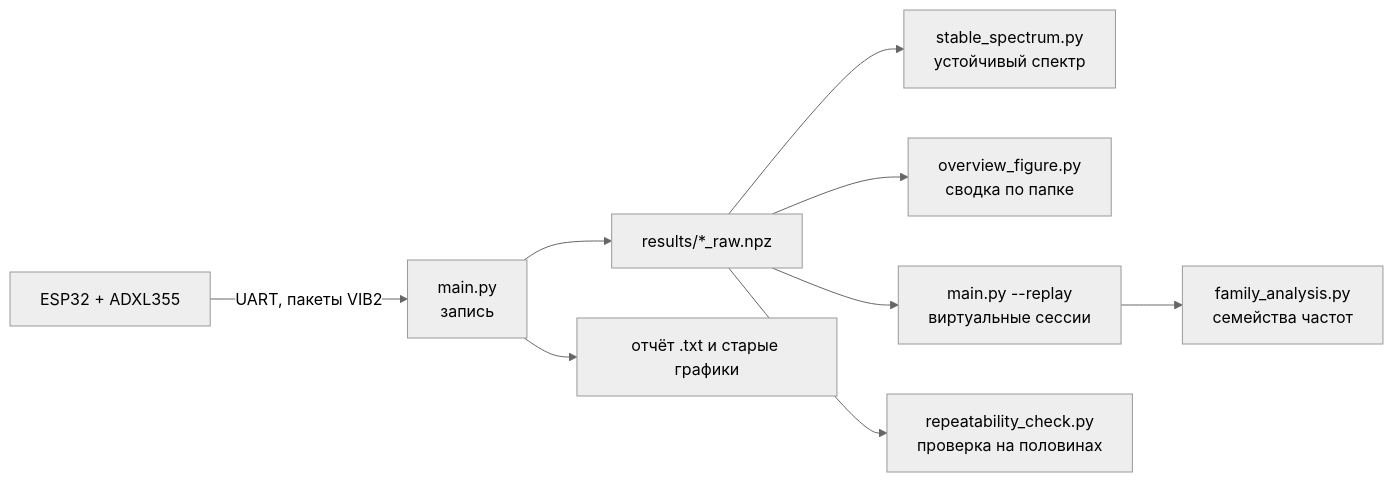
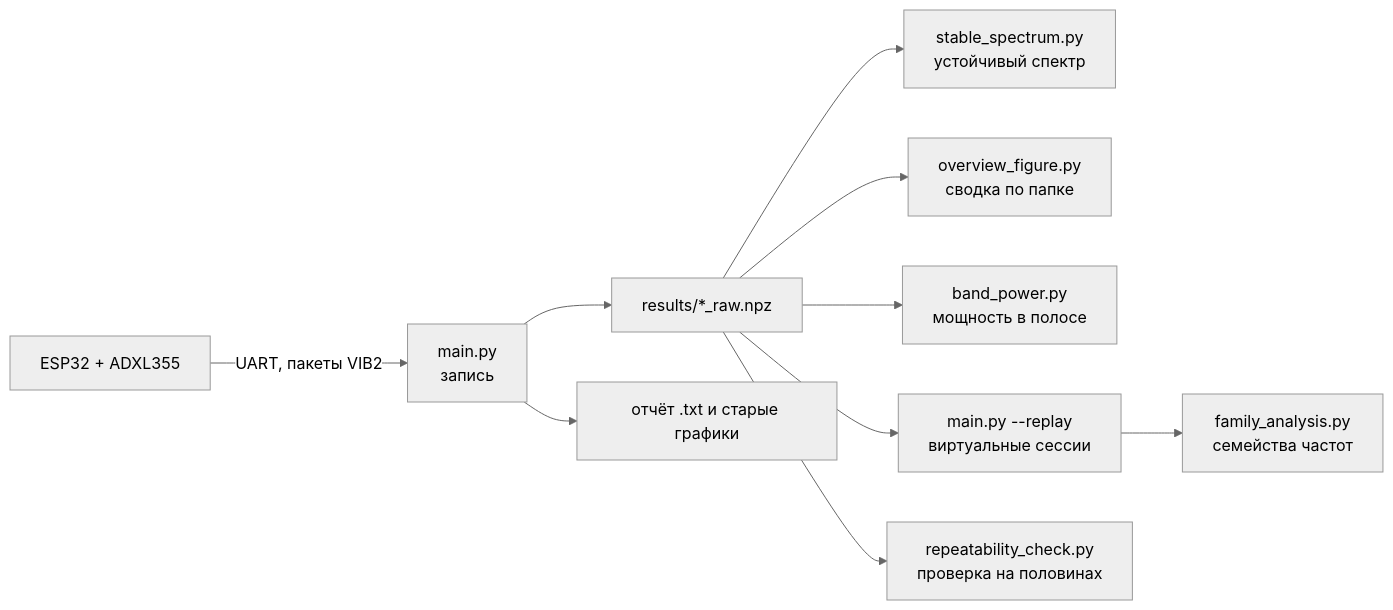
One commit to artallo/vibro changed the diagram in Vibro_vault/Проект/Обзор проекта.md. Above: the diagram before and after it, drawn with Mermaid (neutral theme). The commit also changed other lines of this file and 15 other files, not shown here.

First line of the commit message:
Add band_power.py: band power against the sensor noise floor

````diff
--- a/Vibro_vault/Проект/Обзор проекта.md
+++ b/Vibro_vault/Проект/Обзор проекта.md
@@ -29,11 +29,12 @@
 ```mermaid
 flowchart LR
     A[ESP32 + ADXL355] -->|UART, пакеты VIB2| B[main.py<br>запись]
     B --> C[results/*_raw.npz]
     B --> D[отчёт .txt и старые графики]
     C --> E[stable_spectrum.py<br>устойчивый спектр]
     C --> F[overview_figure.py<br>сводка по папке]
+    C --> J[band_power.py<br>мощность в полосе]
     C --> G[main.py --replay<br>виртуальные сессии]
     G --> H[family_analysis.py<br>семейства частот]
     C --> I[repeatability_check.py<br>проверка на половинах]
 ```
````
